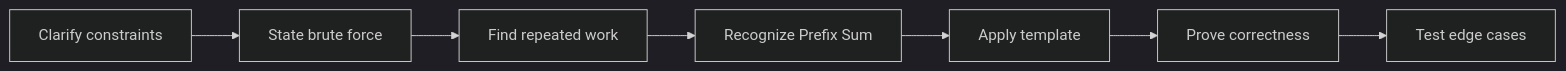
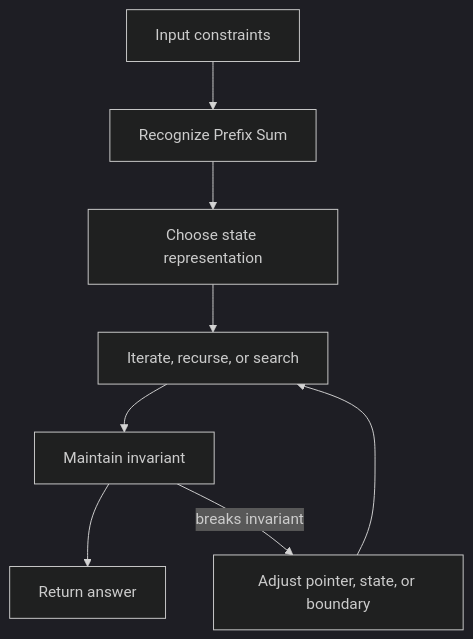
One commit to abstractinterviews/abstractinterviews.github.io changed the second of 2 diagrams in coding-round/patterns/prefix-sum/index.md. Above: the diagram before and after it, drawn with Mermaid (dark theme). The commit also changed other lines of this file and 278 other files, not shown here.

````diff
--- a/coding-round/patterns/prefix-sum/index.md
+++ b/coding-round/patterns/prefix-sum/index.md
@@ -123,9 +121,10 @@
-~~~mermaid
-flowchart LR
-    A["Clarify constraints"] --> B["State brute force"]
-    B --> C["Find repeated work"]
-    C --> D["Recognize Prefix Sum"]
-    D --> E["Apply template"]
-    E --> F["Prove correctness"]
-    F --> G["Test edge cases"]
-~~~
+```mermaid
+flowchart TD
+    Input["Input constraints"] --> Pattern["Recognize Prefix Sum"]
+    Pattern --> State["Choose state representation"]
+    State --> Iterate["Iterate, recurse, or search"]
+    Iterate --> Check["Maintain invariant"]
+    Check --> Result["Return answer"]
+    Check -->|breaks invariant| Fix["Adjust pointer, state, or boundary"]
+    Fix --> Iterate
+```
````
